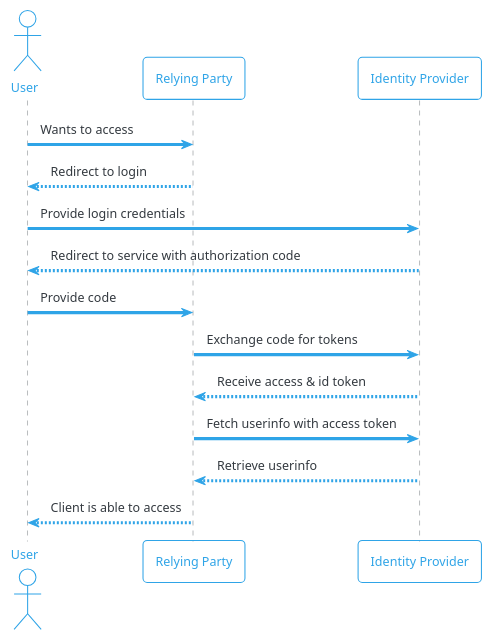
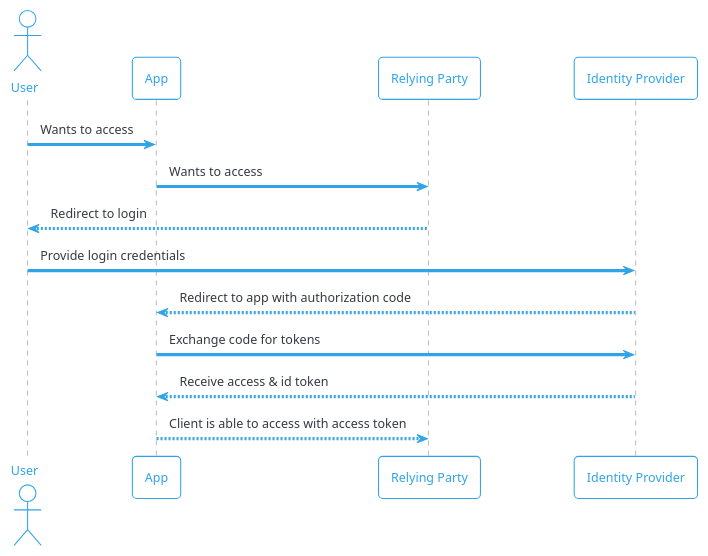
Before and after one commit to buehler/mse-project-thesis-2: the diagram in diagrams/02_oidc_code_flow.puml, drawn with PlantUML. The commit also changed 9 other files, not shown here.

```diff
--- a/diagrams/02_oidc_code_flow.puml
+++ b/diagrams/02_oidc_code_flow.puml
@@ -1,20 +1,20 @@
 @startuml
 !theme cerulean-outline
 
-actor User as c
-participant "Relying Party" as s
-participant "Identity Provider" as i
+actor User as u
+participant "App" as a
+participant "Relying Party" as rp
+participant "Identity Provider" as idp
 
-c -> s : Wants to access
-s --> c : Redirect to login
+u -> a : Wants to access
+a -> rp : Wants to access
+rp --> u : Redirect to login
 
-c -> i : Provide login credentials
-i --> c : Redirect to service with authorization code
-c -> s : Provide code
-s -> i : Exchange code for tokens
-i --> s : Receive access & id token
-s -> i : Fetch userinfo with access token
-i --> s : Retrieve userinfo
-s --> c : Client is able to access
+u -> idp : Provide login credentials
+idp --> a : Redirect to app with authorization code
+a -> idp : Exchange code for tokens
+idp --> a : Receive access & id token
+
+a --> rp : Client is able to access with access token
 
 @enduml
```
